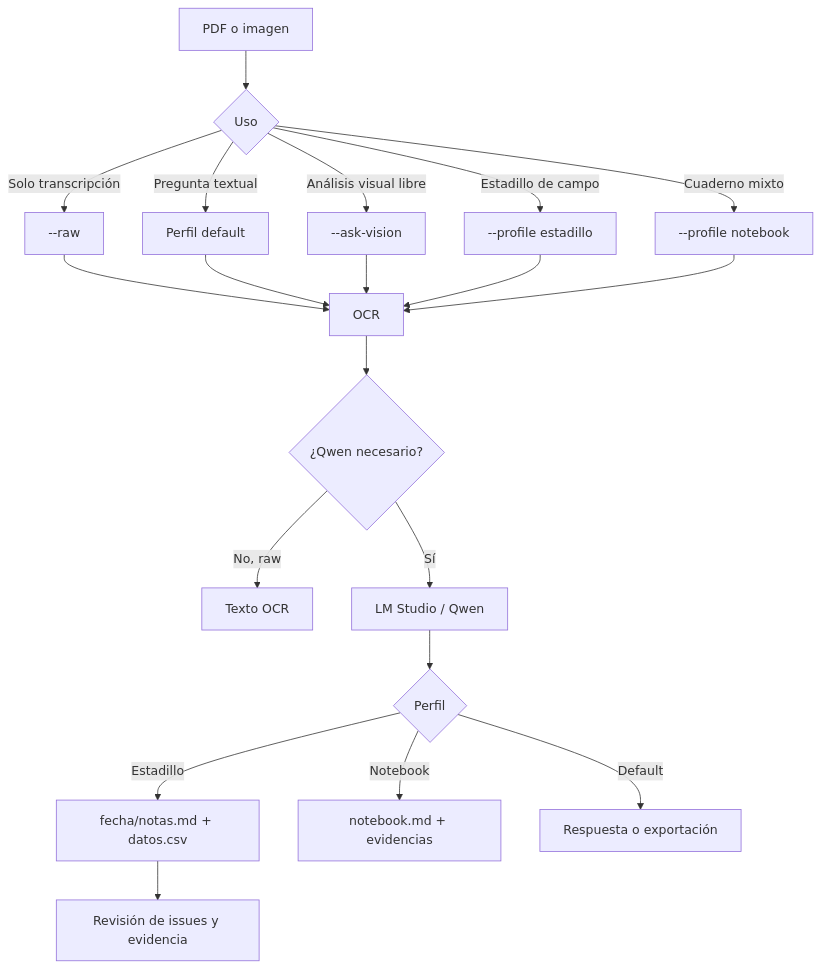
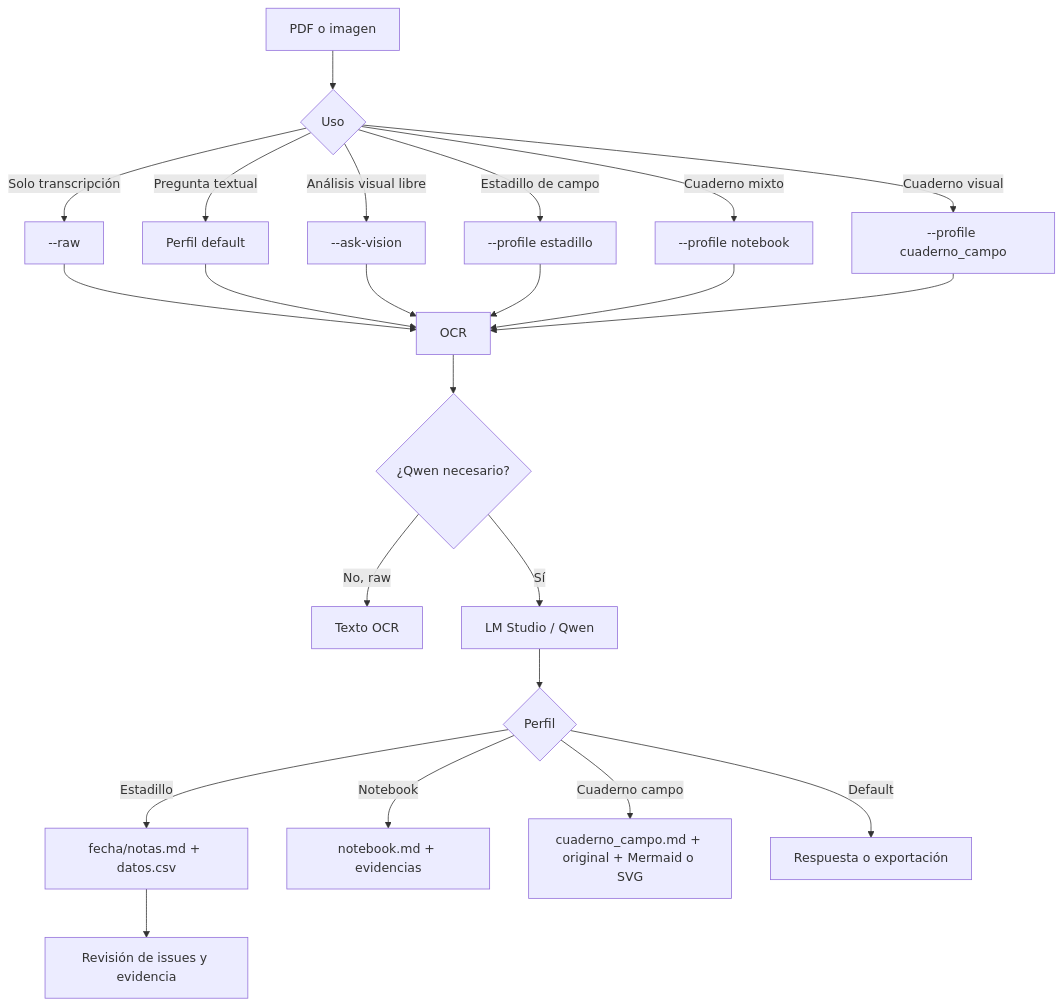
The diagram in README.md (imchrisrueda/unlimited_ocr_agent), drawn with Mermaid before and after one commit. The commit also changed other lines of this file and 15 other files, not shown here.

Commit message:
feat: add visual field notebook profile

````diff
--- a/README.md
+++ b/README.md
@@ -94,22 +109,25 @@
 ```mermaid
 flowchart TD
     A[PDF o imagen] --> B{Uso}
     B -->|Solo transcripción| C[--raw]
     B -->|Pregunta textual| D[Perfil default]
     B -->|Análisis visual libre| E[--ask-vision]
     B -->|Estadillo de campo| F[--profile estadillo]
     B -->|Cuaderno mixto| G[--profile notebook]
+    B -->|Cuaderno visual| Q[--profile cuaderno_campo]
     C --> H[OCR]
     D --> H
     E --> H
     F --> H
     G --> H
+    Q --> H
     H --> I{¿Qwen necesario?}
     I -->|No, raw| J[Texto OCR]
     I -->|Sí| K[LM Studio / Qwen]
     K --> L{Perfil}
     L -->|Estadillo| M[fecha/notas.md + datos.csv]
     L -->|Notebook| N[notebook.md + evidencias]
+    L -->|Cuaderno campo| R[cuaderno_campo.md + original + Mermaid o SVG]
     L -->|Default| O[Respuesta o exportación]
     M --> P[Revisión de issues y evidencia]
 ```
````
